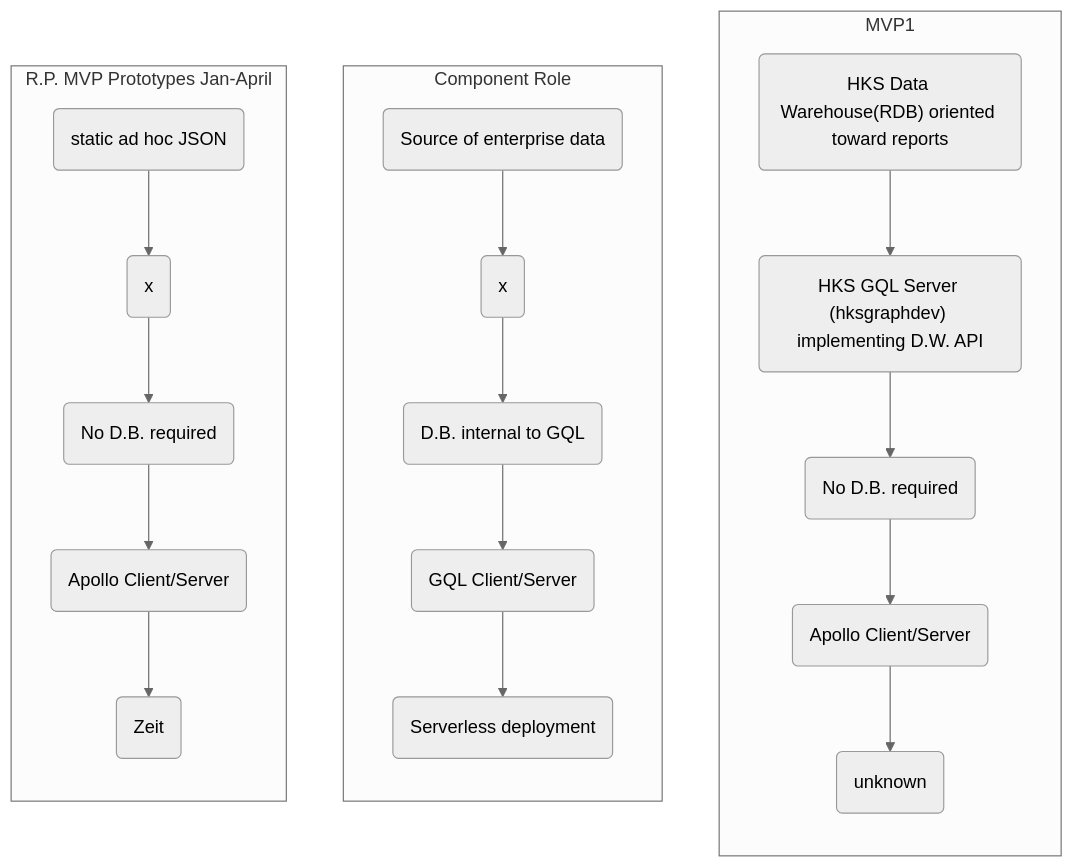
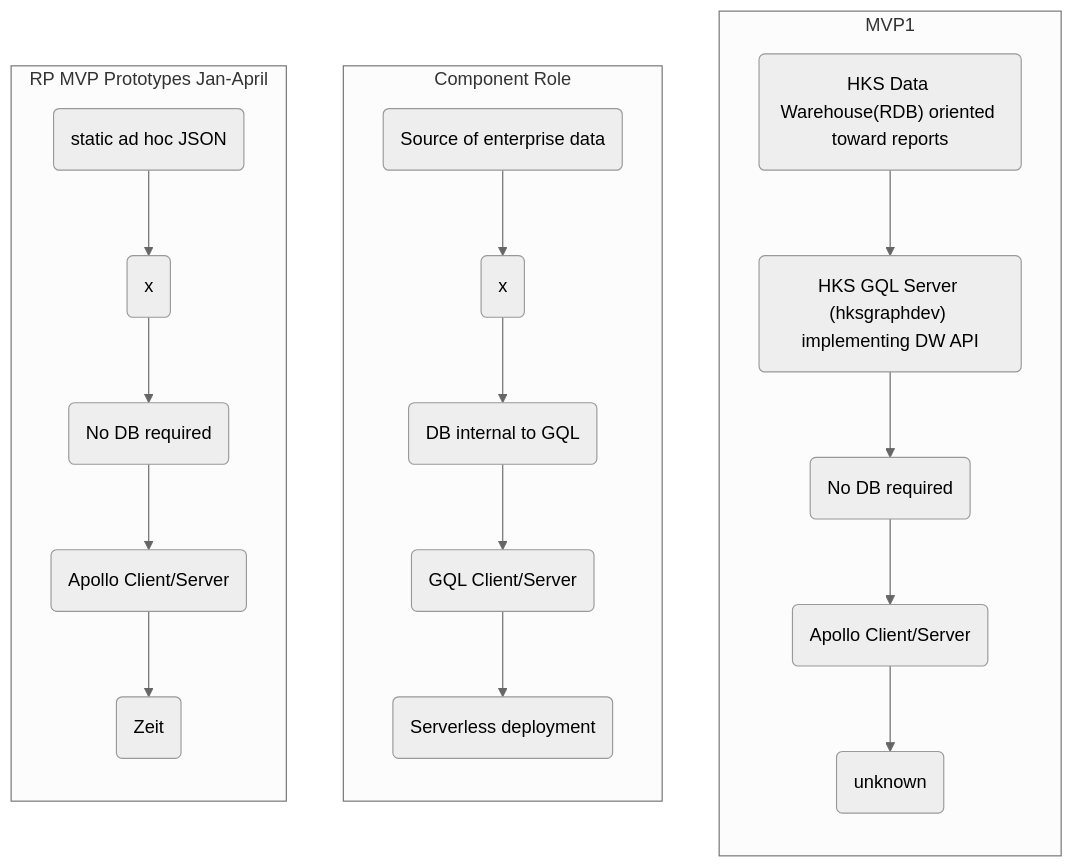
Before and after one commit to taylorhahn27/arch-docs: the diagram in MVP1-Role-Model/mvp1-role-model-v5/v5.md, drawn with Mermaid (neutral theme). The commit also changed 2 other files, not shown here.

Commit message:
updates to role-model v6

````diff
--- a/MVP1-Role-Model/mvp1-role-model-v5/v5.md
+++ b/MVP1-Role-Model/mvp1-role-model-v5/v5.md
@@ -1,21 +1,21 @@
 ```mermaid
 graph BT;
 subgraph MVP1
-a("HKS Data Warehouse(RDB) oriented toward reports") --> b("HKS GQL Server (hksgraphdev) implementing D.W. API");
-b --> c(No D.B. required);
+a("HKS Data Warehouse(RDB) oriented toward reports") --> b("HKS GQL Server (hksgraphdev) implementing DW API");
+b --> c(No DB required);
 c --> d(Apollo Client/Server);
 d --> e(unknown);
 end
 subgraph Component Role
 f(Source of enterprise data) --> g(x);
-g --> h(D.B. internal to GQL);
+g --> h(DB internal to GQL);
 h --> i(GQL Client/Server);
 i --> j(Serverless deployment);
 end
-subgraph R.P. MVP Prototypes Jan-April
+subgraph RP MVP Prototypes Jan-April
 k(static ad hoc JSON) --> l(x);
 l --> m;
-m(No D.B. required) --> n(Apollo Client/Server);
+m(No DB required) --> n(Apollo Client/Server);
 n --> o(Zeit);
 end
 ```
````
